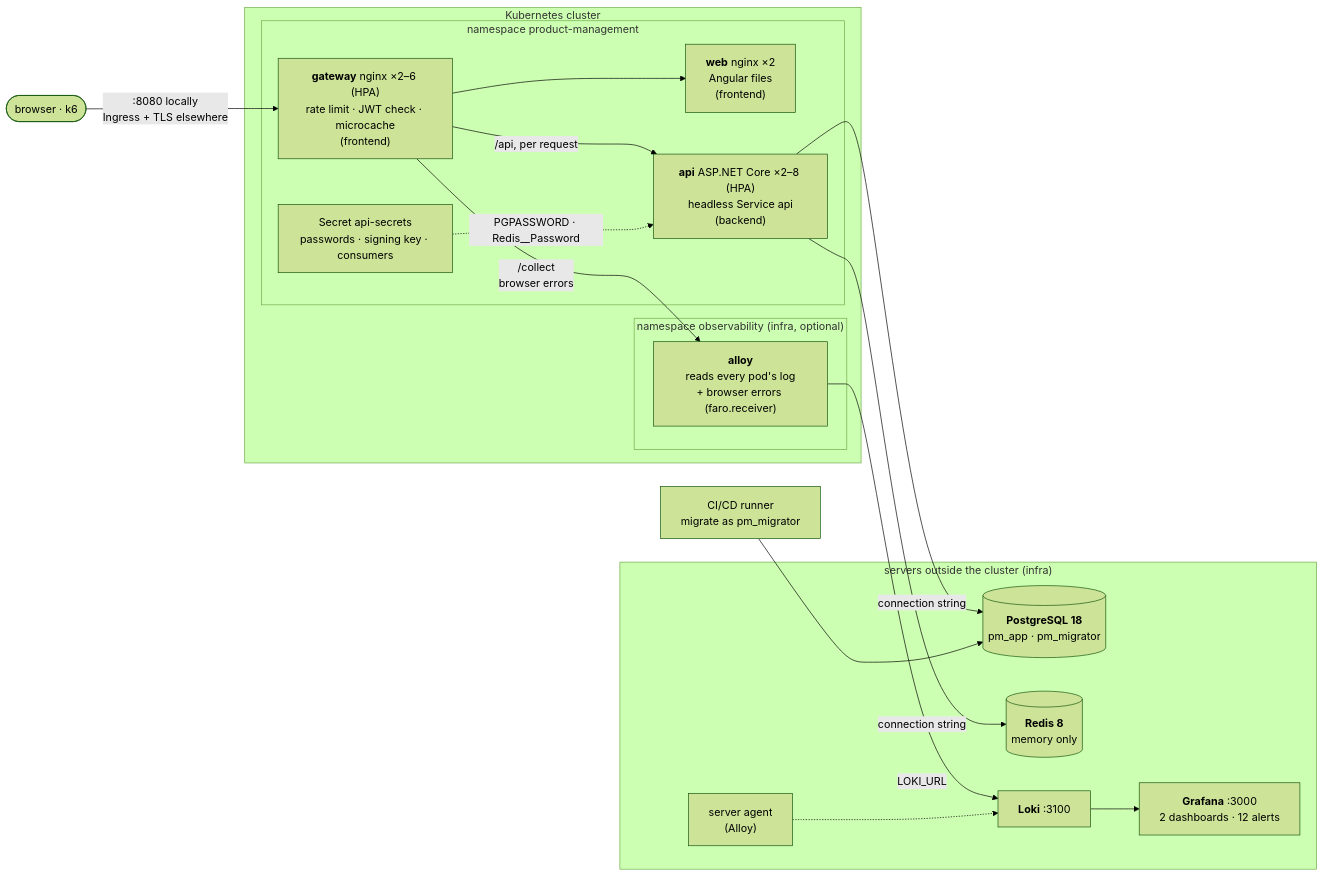
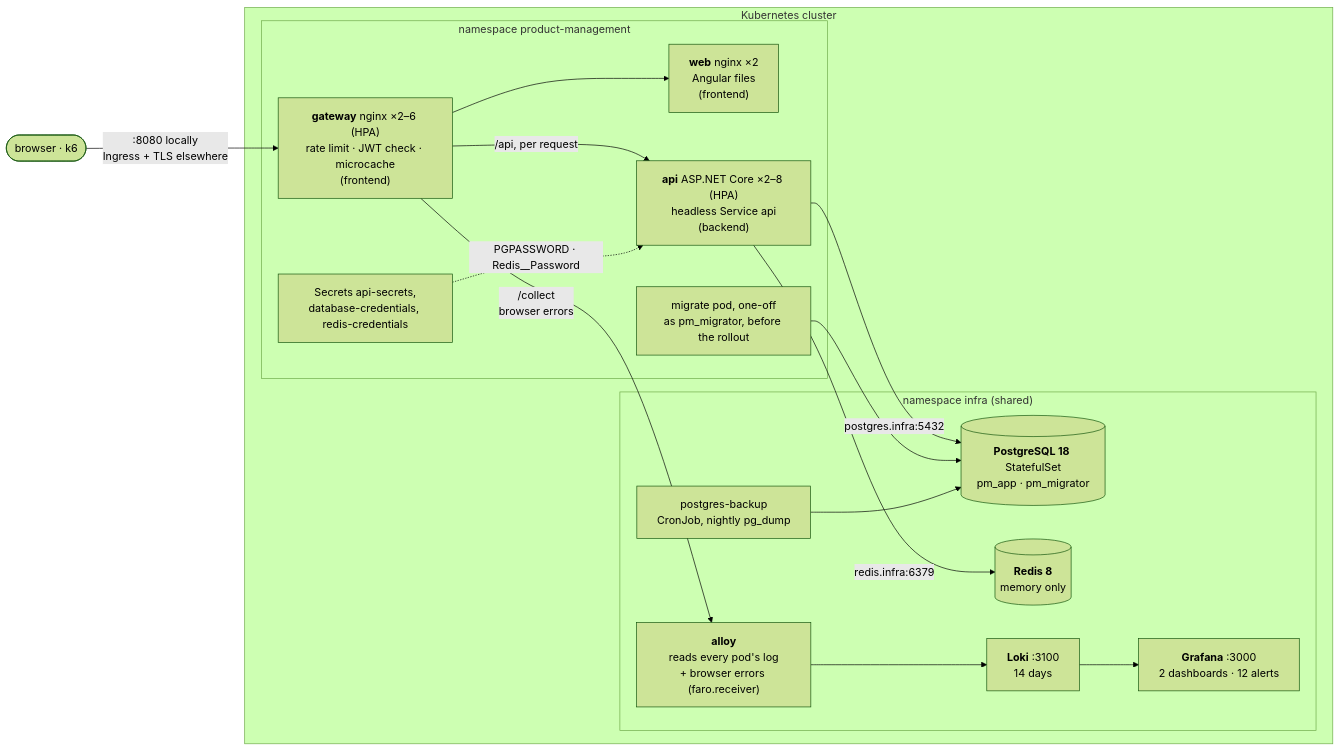
One commit to RubenCipriano/zeiss-product-management changed the first of 2 diagrams in docs/architecture.md. Above: the diagram before and after it, drawn with Mermaid (forest theme). The commit also changed other lines of this file and 80 other files, not shown here.

````diff
--- a/docs/architecture.md
+++ b/docs/architecture.md
@@ -34,37 +38,33 @@
 ```mermaid
 flowchart LR
     user(["browser · k6"]) -->|":8080 locally<br/>Ingress + TLS elsewhere"| gw
 
     subgraph cluster["Kubernetes cluster"]
         subgraph pm["namespace product-management"]
             gw["<b>gateway</b> nginx ×2–6 (HPA)<br/>rate limit · JWT check · microcache<br/>(frontend)"]
             web["<b>web</b> nginx ×2<br/>Angular files<br/>(frontend)"]
             api["<b>api</b> ASP.NET Core ×2–8 (HPA)<br/>headless Service api<br/>(backend)"]
-            sec["Secret api-secrets<br/>passwords · signing key · consumers"]
+            sec["Secrets api-secrets,<br/>database-credentials, redis-credentials"]
+            mig["migrate pod, one-off<br/>as pm_migrator, before the rollout"]
         end
-        subgraph obs["namespace observability (infra, optional)"]
+        subgraph inf["namespace infra (shared)"]
+            pg[("<b>PostgreSQL 18</b> StatefulSet<br/>pm_app · pm_migrator")]
+            bk["postgres-backup<br/>CronJob, nightly pg_dump"]
+            rd[("<b>Redis 8</b><br/>memory only")]
             alloy["<b>alloy</b><br/>reads every pod's log<br/>+ browser errors (faro.receiver)"]
+            loki["<b>Loki</b> :3100<br/>14 days"]
+            graf["<b>Grafana</b> :3000<br/>2 dashboards · 12 alerts"]
         end
     end
-
-    subgraph servers["servers outside the cluster (infra)"]
-        pg[("<b>PostgreSQL 18</b><br/>pm_app · pm_migrator")]
-        rd[("<b>Redis 8</b><br/>memory only")]
-        loki["<b>Loki</b> :3100"]
-        graf["<b>Grafana</b> :3000<br/>2 dashboards · 12 alerts"]
-        agent["server agent<br/>(Alloy)"]
-    end
-
-    runner["CI/CD runner<br/>migrate as pm_migrator"]
 
     gw --> web
     gw -->|"/api, per request"| api
     sec -.->|"PGPASSWORD · Redis__Password"| api
-    api -->|"connection string"| pg
-    api -->|"connection string"| rd
+    api -->|"postgres.infra:5432"| pg
+    api -->|"redis.infra:6379"| rd
+    mig --> pg
+    bk --> pg
     gw -->|"/collect<br/>browser errors"| alloy
-    alloy -->|"LOKI_URL"| loki
-    agent -.-> loki
+    alloy --> loki
     loki --> graf
-    runner --> pg
 ```
````
